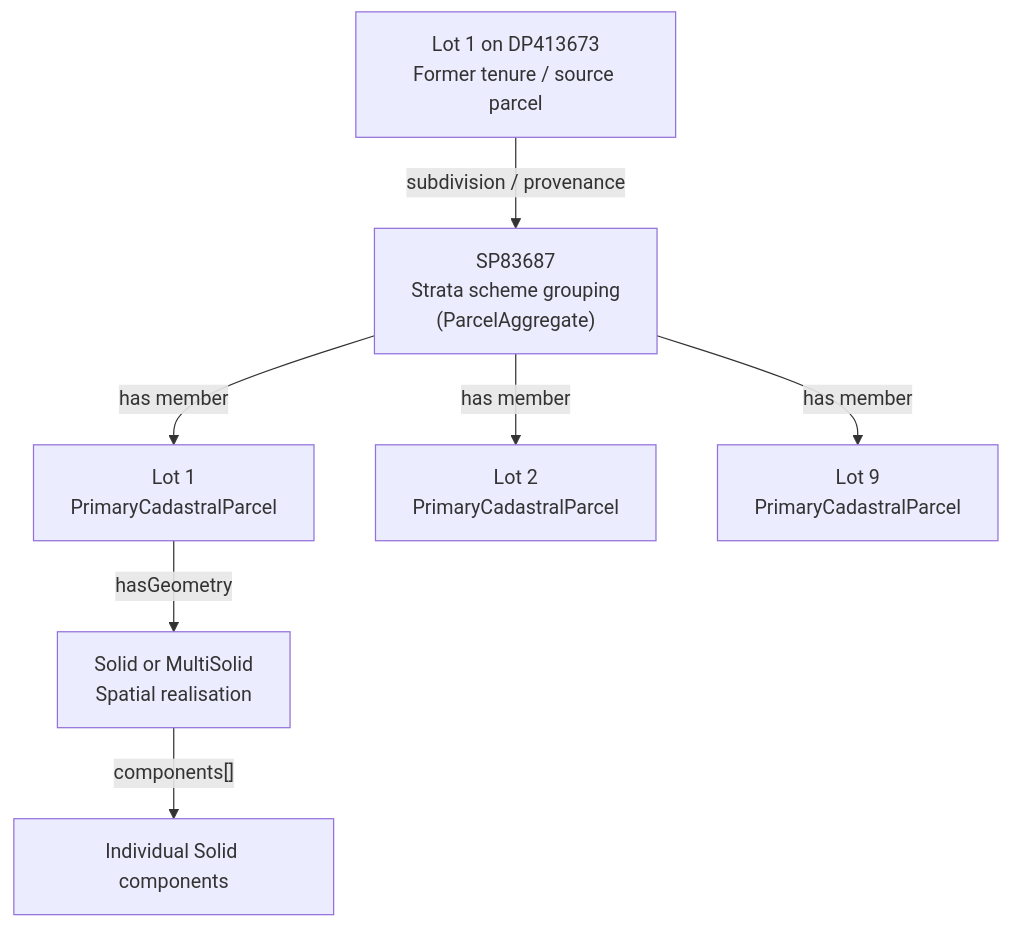
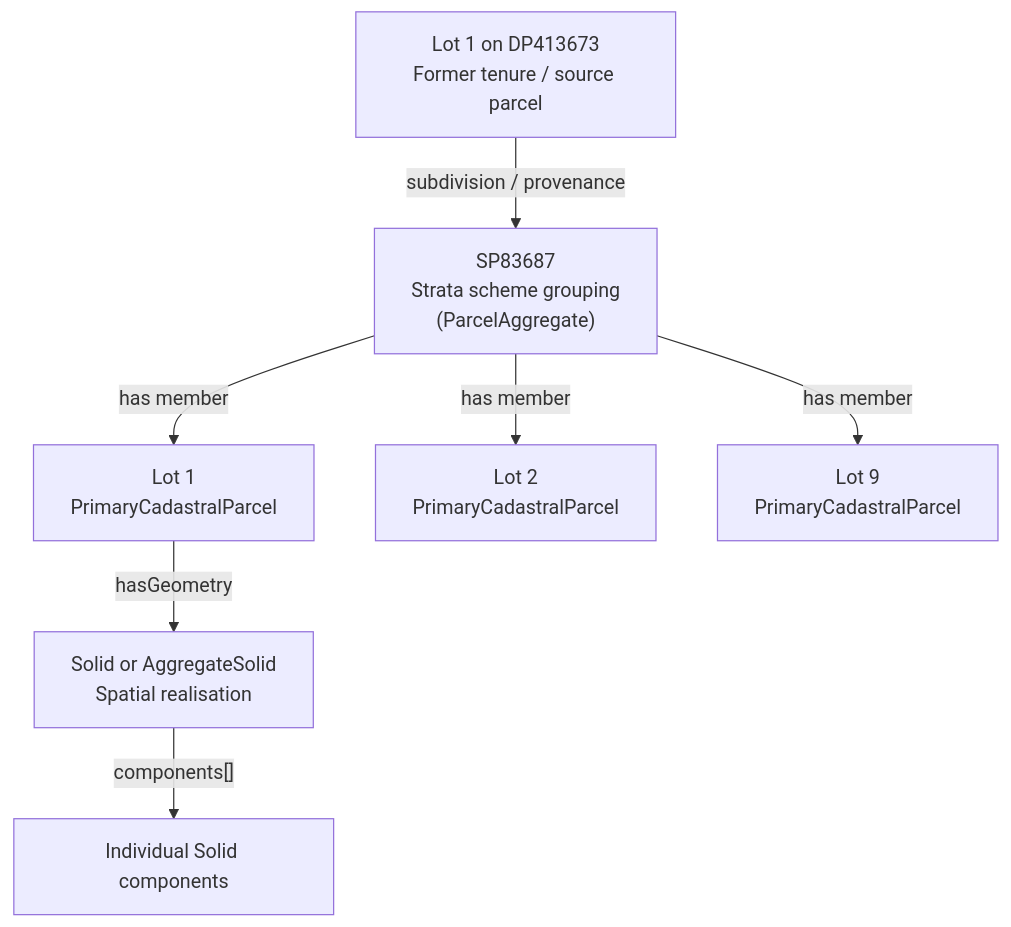
One commit to surroundaustralia/3d-csdm-profile-wa changed the second of 5 diagrams in proposals/development/built-strata/built-strata-parcel-specification.md. Above: the diagram before and after it, drawn with Mermaid. The commit also changed other lines of this file and 3 other files, not shown here.

Commit message:
Updated `MultiSolid` references to `AggregateSolid` in Built Strata specification and overview, added WA profile TTL vocabularies for interest types and occupation feature classification.

````diff
--- a/proposals/development/built-strata/built-strata-parcel-specification.md
+++ b/proposals/development/built-strata/built-strata-parcel-specification.md
@@ -163,20 +162,20 @@
 ```mermaid
 flowchart TB
     source["Lot 1 on DP413673<br/>Former tenure / source parcel"]
     scheme["SP83687<br/>Strata scheme grouping<br/>(ParcelAggregate)"]
 
     lot1["Lot 1<br/>PrimaryCadastralParcel"]
     lot2["Lot 2<br/>PrimaryCadastralParcel"]
     lotN["Lot 9<br/>PrimaryCadastralParcel"]
 
-    geometry["Solid or MultiSolid<br/>Spatial realisation"]
+    geometry["Solid or AggregateSolid<br/>Spatial realisation"]
     components["Individual Solid components"]
 
     source -->|"subdivision / provenance"| scheme
     scheme -->|"has member"| lot1
     scheme -->|"has member"| lot2
     scheme -->|"has member"| lotN
 
     lot1 -->|"hasGeometry"| geometry
     geometry -->|"components[]"| components
 ```
````
